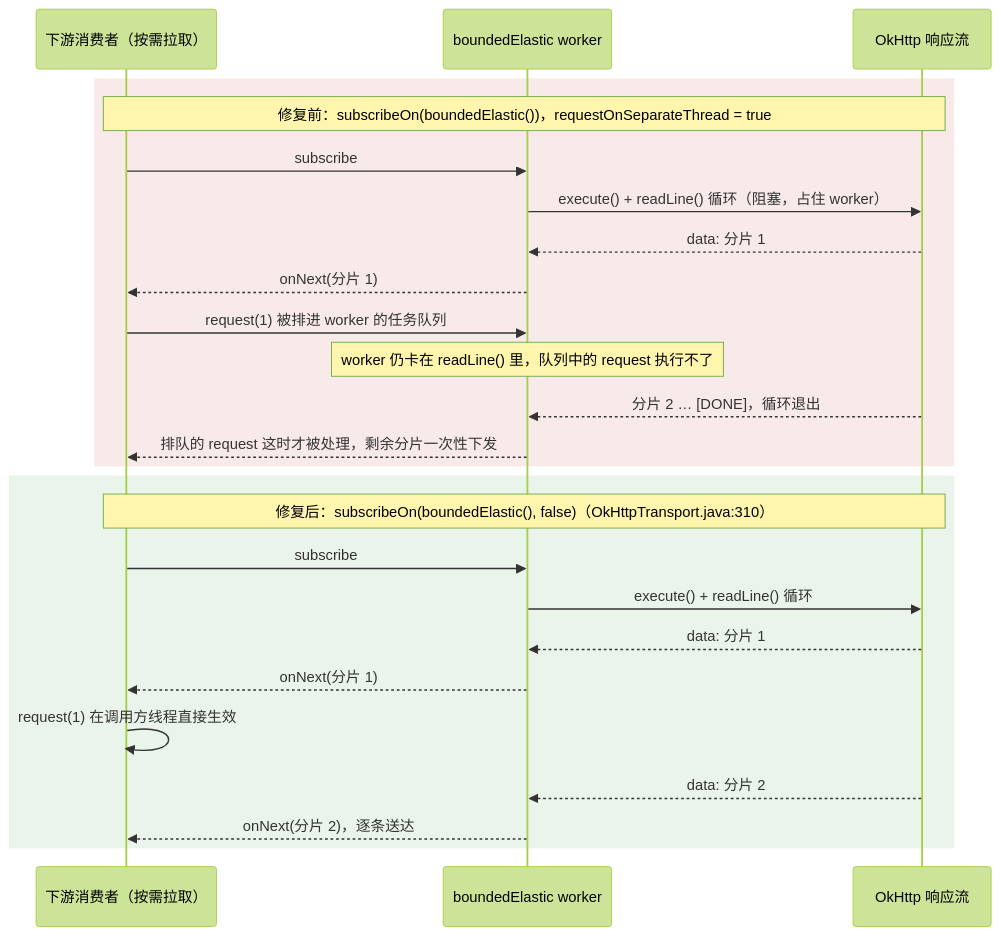
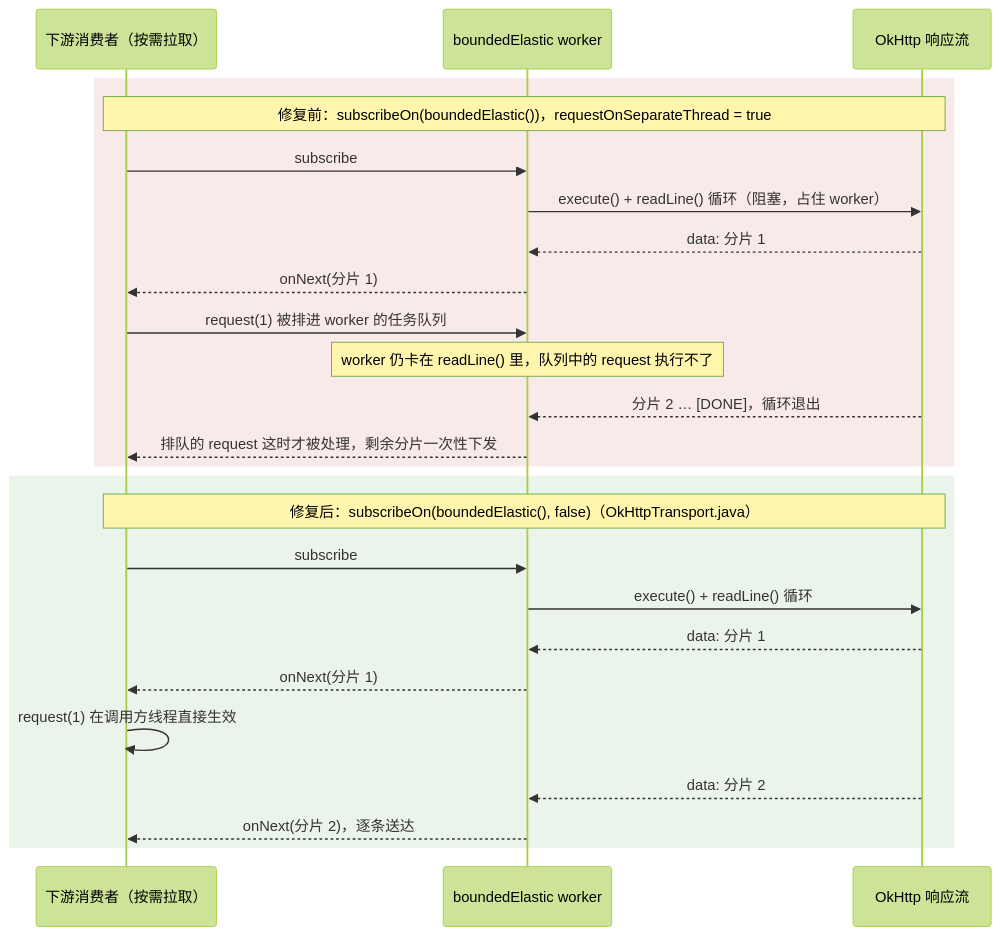
One commit to liulangjietou/AgentScope-source-analysis changed the first of 4 diagrams in 05-模型层.md. Above: the diagram before and after it, drawn with Mermaid (forest theme). The commit also changed other lines of this file and 13 other files, not shown here.

Commit message:
docs: align source guide and diagrams with main dcb131a3

````diff
--- a/05-模型层.md
+++ b/05-模型层.md
@@ -75,29 +75,29 @@
 ```mermaid
 sequenceDiagram
     participant D as 下游消费者（按需拉取）
     participant W as boundedElastic worker
     participant H as OkHttp 响应流
 
     rect rgba(200, 80, 80, 0.12)
     Note over D,H: 修复前：subscribeOn(boundedElastic())，requestOnSeparateThread = true
     D->>W: subscribe
     W->>H: execute() + readLine() 循环（阻塞，占住 worker）
     H-->>W: data: 分片 1
     W-->>D: onNext(分片 1)
     D->>W: request(1) 被排进 worker 的任务队列
     Note over W: worker 仍卡在 readLine() 里，队列中的 request 执行不了
     H-->>W: 分片 2 … [DONE]，循环退出
     W-->>D: 排队的 request 这时才被处理，剩余分片一次性下发
     end
 
     rect rgba(80, 160, 80, 0.12)
-    Note over D,H: 修复后：subscribeOn(boundedElastic(), false)（OkHttpTransport.java:310）
+    Note over D,H: 修复后：subscribeOn(boundedElastic(), false)（OkHttpTransport.java）
     D->>W: subscribe
     W->>H: execute() + readLine() 循环
     H-->>W: data: 分片 1
     W-->>D: onNext(分片 1)
     D->>D: request(1) 在调用方线程直接生效
     H-->>W: data: 分片 2
     W-->>D: onNext(分片 2)，逐条送达
     end
 ```
````
